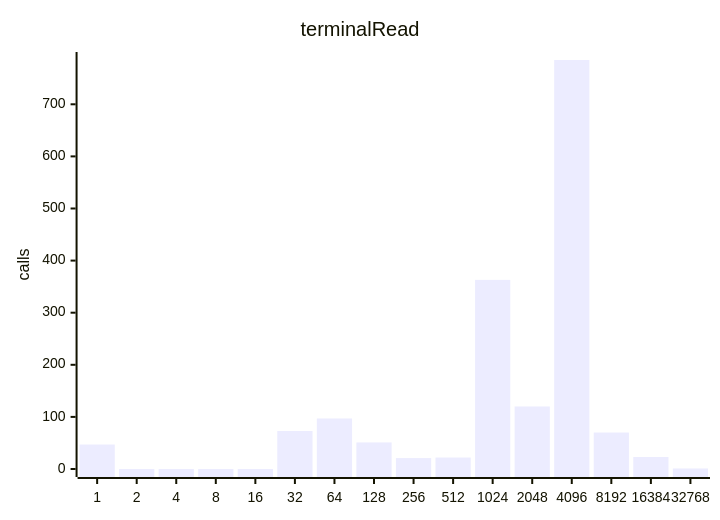
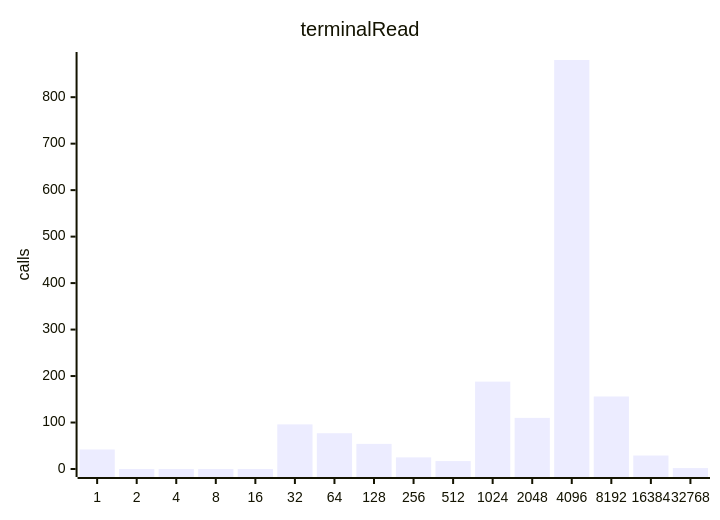
One commit to jrengmusic/eve changed the sixth of 9 diagrams in benchmark/replay-report.md. Above: the diagram before and after it, drawn with Mermaid. The commit also changed other lines of this file and 6 other files, not shown here.

````diff
--- a/benchmark/replay-report.md
+++ b/benchmark/replay-report.md
@@ -1298,7 +1292,7 @@
 ```mermaid
 xychart-beta
 title "terminalRead"
 x-axis ["1", "2", "4", "8", "16", "32", "64", "128", "256", "512", "1024", "2048", "4096", "8192", "16384", "32768"]
 y-axis "calls"
-bar [47.00000000000000000, 0.00000000000000000, 0.00000000000000000, 0.00000000000000000, 0.00000000000000000, 73.00000000000000000, 97.00000000000000000, 51.00000000000000000, 21.00000000000000000, 22.00000000000000000, 363.00000000000000000, 120.00000000000000000, 785.00000000000000000, 70.00000000000000000, 23.00000000000000000, 1.00000000000000000]
+bar [42.00000000000000000, 0.00000000000000000, 0.00000000000000000, 0.00000000000000000, 0.00000000000000000, 96.00000000000000000, 77.00000000000000000, 54.00000000000000000, 25.00000000000000000, 17.00000000000000000, 188.00000000000000000, 110.00000000000000000, 880.00000000000000000, 156.00000000000000000, 29.00000000000000000, 2.00000000000000000]
 ```
````
